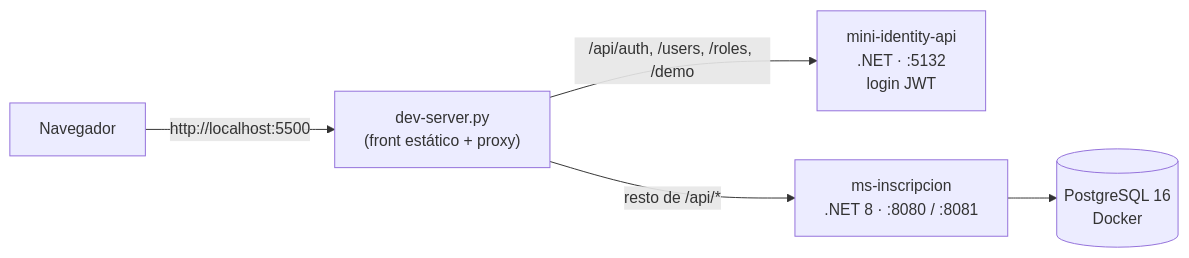
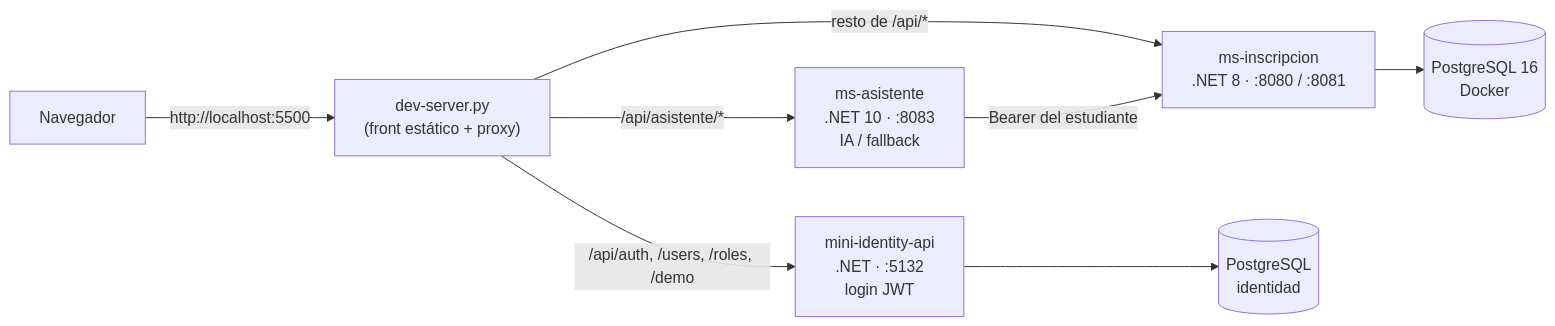
The first of 3 diagrams in docs/arquitectura-y-ajustes.md (jdjimenez1215/SIPA), drawn with Mermaid before and after one commit. The commit also changed other lines of this file and 32 other files, not shown here.

First line of the commit message:
feat(asistente): microservicio de IA de matricula con Groq/fallback

````diff
--- a/docs/arquitectura-y-ajustes.md
+++ b/docs/arquitectura-y-ajustes.md
@@ -11,7 +11,10 @@
 ```mermaid
 flowchart LR
     B[Navegador] -->|"http://localhost:5500"| P["dev-server.py<br/>(front estático + proxy)"]
     P -->|"/api/auth, /users, /roles, /demo"| I["mini-identity-api<br/>.NET · :5132<br/>login JWT"]
+    P -->|"/api/asistente/*"| A["ms-asistente<br/>.NET 10 · :8083<br/>IA / fallback"]
     P -->|"resto de /api/*"| M["ms-inscripcion<br/>.NET 8 · :8080 / :8081"]
+    A -->|"Bearer del estudiante"| M
     M --> DB[("PostgreSQL 16<br/>Docker")]
+    I --> IDB[("PostgreSQL<br/>identidad")]
 ```
````
